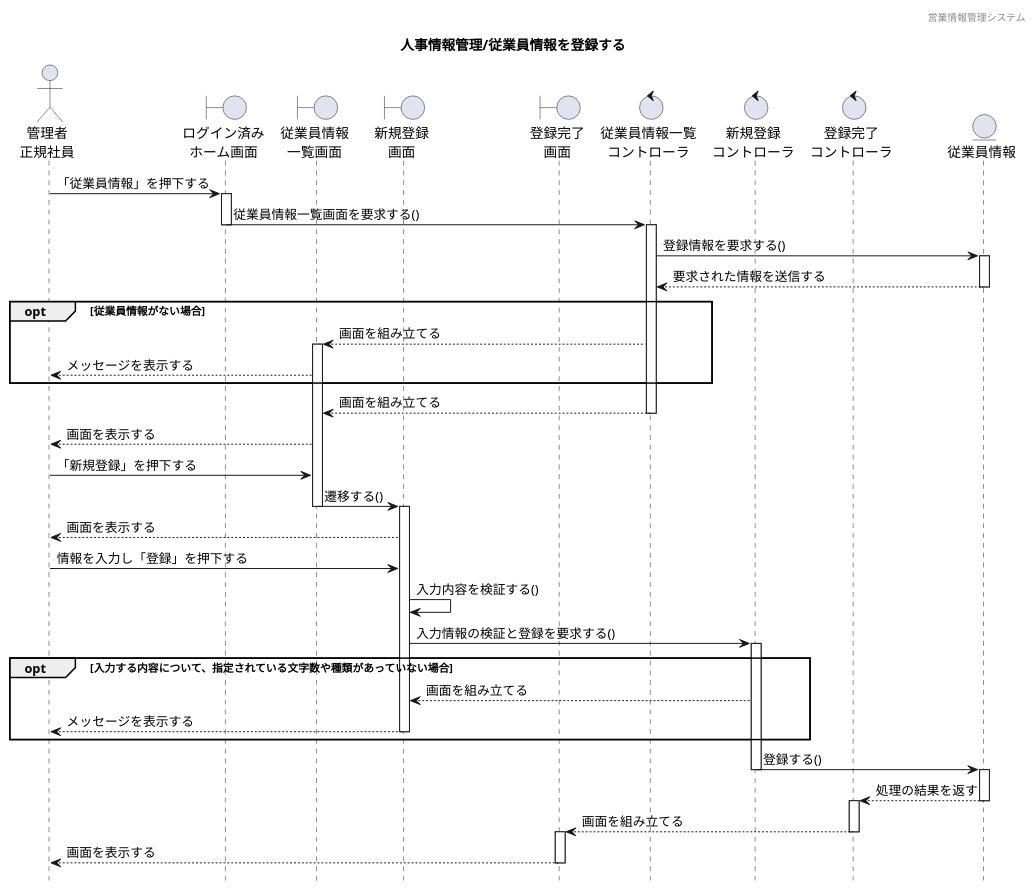
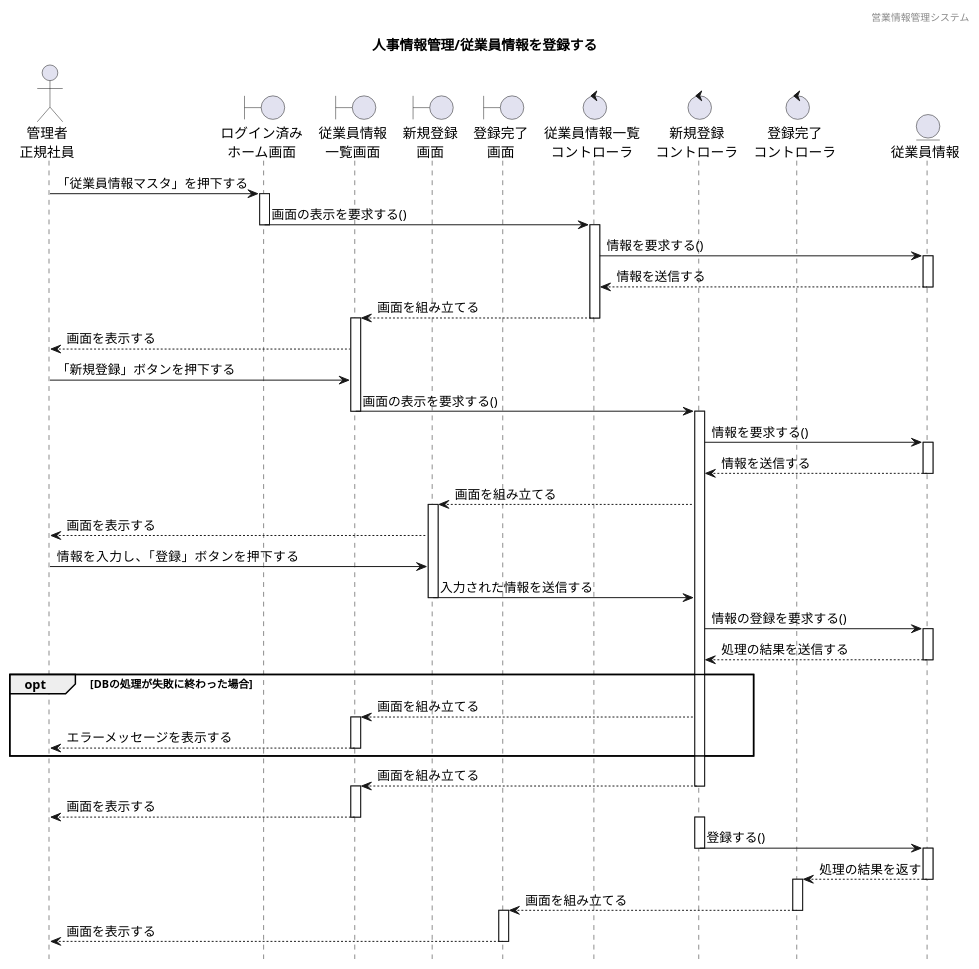
The diagram in 各種設計書/4シーケンス図/マスタ管理/1.従業員情報マスタ/従業員情報管理_登録.plantuml (HaruShim/Sotuken), drawn with PlantUML before and after one commit. The commit also changed 3 other files, not shown here.

```diff
--- a/各種設計書/4シーケンス図/マスタ管理/1.従業員情報マスタ/従業員情報管理_登録.plantuml
+++ b/各種設計書/4シーケンス図/マスタ管理/1.従業員情報マスタ/従業員情報管理_登録.plantuml
@@ -1,84 +1,90 @@
 @startuml ../../images/従業員情報マスタ/従業員情報管理_登録
 
 ' 下アイコン除去
 hide footbox
 ' ヘッダー
 header 営業情報管理システム
 ' タイトル
 title 人事情報管理/従業員情報を登録する
 
 
 ' actor "" as 
 actor "管理者\n正規社員" as a1
 
 ' boundary "" as 
 boundary "ログイン済み\nホーム画面" as b1
 boundary "従業員情報\n一覧画面" as b2
 boundary "新規登録\n画面" as b3
 boundary "登録完了\n画面" as b4
 
 ' control "" as 
 control "従業員情報一覧\nコントローラ" as c1
 control "新規登録\nコントローラ" as c2
 control "登録完了\nコントローラ" as c3
 
 ' entity "" as
 entity "従業員情報" as e1
 
 
 ' ログイン済みホーム画面から一覧表示までのシーケンス
-a1 -> b1 : 「従業員情報」を押下する
+a1 -> b1 : 「従業員情報マスタ」を押下する
 activate b1
-b1 -> c1 : 従業員情報一覧画面を要求する()
+b1 -> c1 : 画面の表示を要求する()
 deactivate b1
 activate c1
-c1 -> e1 : 登録情報を要求する()
+c1 -> e1 : 情報を要求する()
 activate e1
-c1 <-- e1 : 要求された情報を送信する
+e1 --> c1 : 情報を送信する
 deactivate e1
+c1 --> b2 : 画面を組み立てる
+deactivate c1
+activate b2
+b2 --> a1 : 画面を表示する
+a1 -> b2 : 「新規登録」ボタンを押下する
+b2 -> c2 : 画面の表示を要求する()
+deactivate b2
+activate c2
+c2 -> e1 : 情報を要求する()
+activate e1
+e1 --> c2 : 情報を送信する
+deactivate e1
+c2 --> b3 : 画面を組み立てる
+activate b3
+b3 --> a1 : 画面を表示する
+a1 -> b3 : 情報を入力し、「登録」ボタンを押下する
+b3 -> c2 : 入力された情報を送信する
+deactivate b3
+c2 -> e1 : 情報の登録を要求する()
+activate e1
+e1 --> c2 : 処理の結果を送信する
+deactivate e1
+opt DBの処理が失敗に終わった場合
+c2 --> b2 : 画面を組み立てる
+activate b2
+b2 --> a1 : エラーメッセージを表示する  
+deactivate b2
+end
+c2 --> b2 : 画面を組み立てる
+deactivate c2
+activate b2
+b2 --> a1 : 画面を表示する  
+deactivate b2
 
-' 代替フロー
-opt 従業員情報がない場合
-b2 <-- c1 : 画面を組み立てる
-activate b2
-a1 <-- b2 : メッセージを表示する
-end
-
-b2 <-- c1 : 画面を組み立てる
-deactivate c1
-a1 <-- b2 : 画面を表示する
-a1 -> b2 : 「新規登録」を押下する
-b2 -> b3 : 遷移する()
-deactivate b2
-activate b3
-a1 <-- b3 : 画面を表示する
-a1 -> b3 : 情報を入力し「登録」を押下する
-b3 -> b3 : 入力内容を検証する()
-b3 -> c2 : 入力情報の検証と登録を要求する()
-activate c2
-
-' 代替フロー
-opt 入力する内容について、指定されている文字数や種類があっていない場合
-b3 <-- c2 : 画面を組み立てる
-deactivate c1
-a1 <-- b3 : メッセージを表示する
-deactivate b3
-end
 
 
 activate c2
 c2 -> e1 : 登録する()
 deactivate c2
 activate e1
 c3 <-- e1 : 処理の結果を返す
 deactivate e1
 activate c3
 b4 <-- c3 : 画面を組み立てる
 deactivate c3
 activate b4
 a1 <-- b4 : 画面を表示する
 deactivate b4
 
 
 
 @enduml
```
